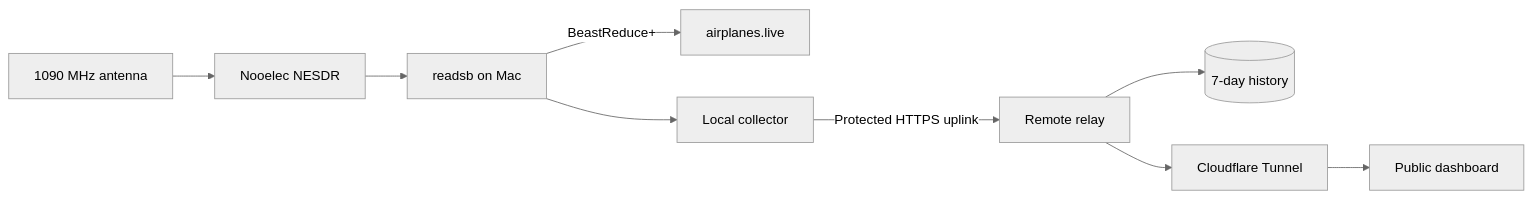
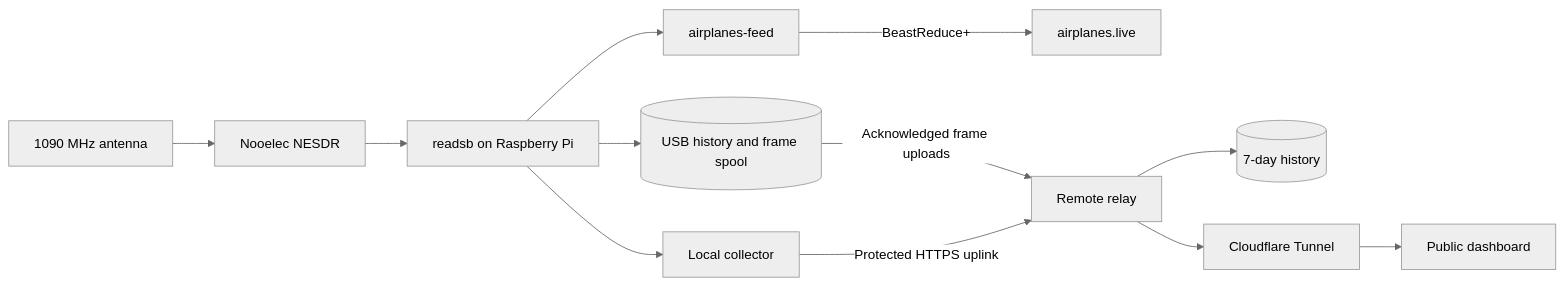
The diagram in wiki-site/docs/index.md (ramideltoro/antenna_observatory), drawn with Mermaid (neutral theme) before and after one commit. The commit also changed other lines of this file and 14 other files, not shown here.

Commit message:
docs: describe Raspberry Pi receiver and USB storage operations (#21)

````diff
--- a/wiki-site/docs/index.md
+++ b/wiki-site/docs/index.md
@@ -11,11 +11,14 @@
 ```mermaid
 flowchart LR
     A[1090 MHz antenna] --> B[Nooelec NESDR]
-    B --> C[readsb on Mac]
-    C -->|BeastReduce+| D[airplanes.live]
+    B --> C[readsb on Raspberry Pi]
+    C --> Feed[airplanes-feed]
+    Feed -->|BeastReduce+| D[airplanes.live]
+    C --> USB[(USB history and frame spool)]
+    USB -->|Acknowledged frame uploads| F
     C --> E[Local collector]
     E -->|Protected HTTPS uplink| F[Remote relay]
     F --> G[(7-day history)]
     F --> H[Cloudflare Tunnel]
     H --> I[Public dashboard]
 ```
````
